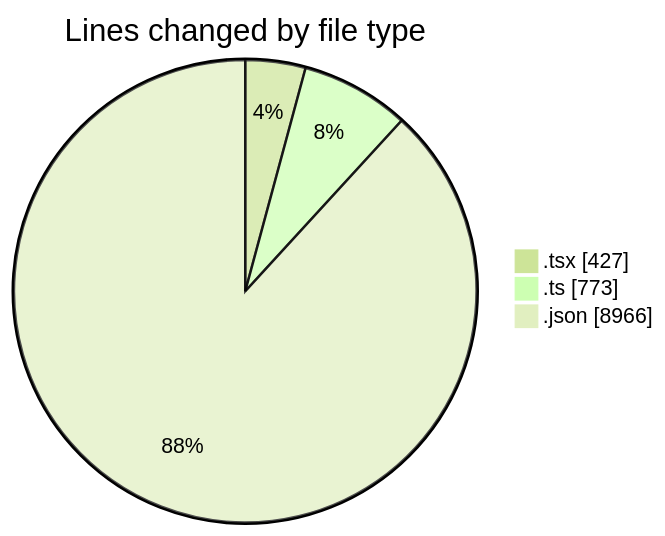
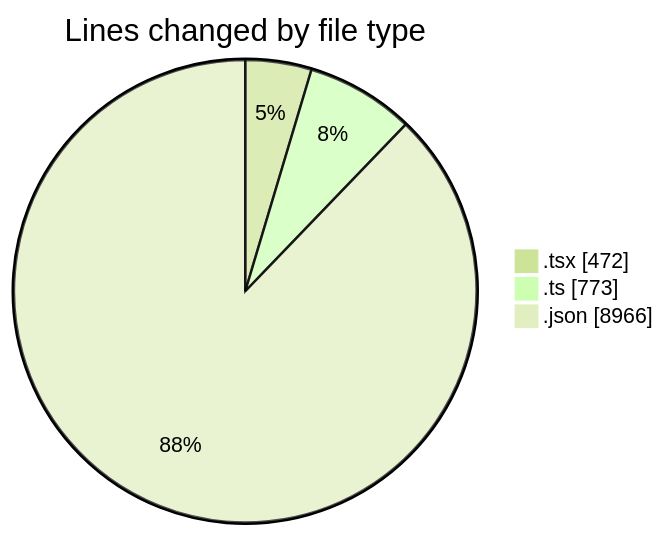
One commit to nxtqubesakshisongat/code-tracking changed the first of 2 diagrams in 2026-04-12/airfeed-analytics-dashboard/README.md. Above: the diagram before and after it, drawn with Mermaid (forest theme). The commit also changed other lines of this file and 1 other file, not shown here.

````diff
--- a/2026-04-12/airfeed-analytics-dashboard/README.md
+++ b/2026-04-12/airfeed-analytics-dashboard/README.md
@@ -27,7 +27,7 @@
 ```mermaid
 pie showData
 title Lines changed by file type
-".tsx" : 427
+".tsx" : 472
 ".ts" : 773
 ".json" : 8966
 ```
````
